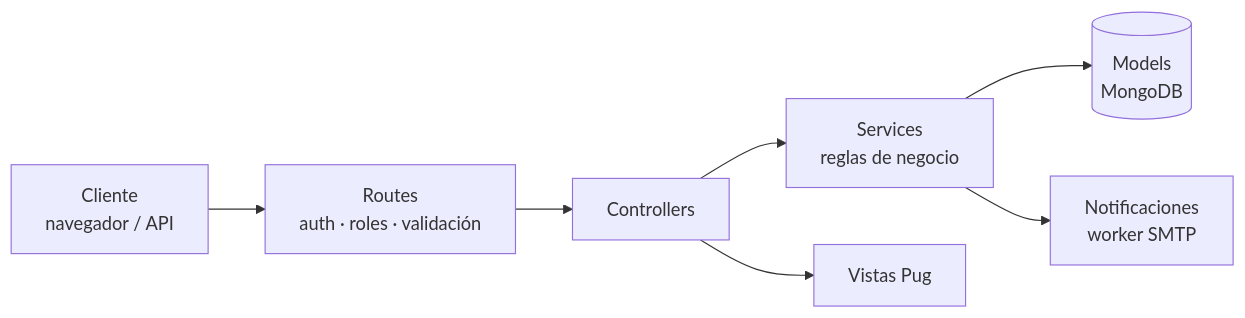
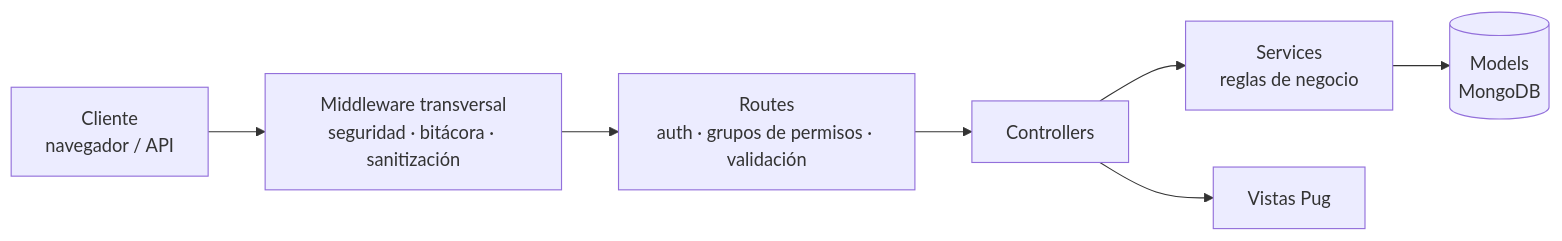
One commit to ivanshifman/TP-BACKEND-SUMAR_IMPACTO changed the first of 4 diagrams in README.md. Above: the diagram before and after it, drawn with Mermaid. The commit also changed other lines of this file and 93 other files, not shown here.

Commit message:
feat: cuentas, bitácora de auditoría, seguridad reforzada, validaciones.

````diff
--- a/README.md
+++ b/README.md
@@ -104,9 +106,9 @@
 ```mermaid
 flowchart LR
-  C[Cliente<br/>navegador / API] --> R[Routes<br/>auth · roles · validación]
+  C[Cliente<br/>navegador / API] --> MW[Middleware transversal<br/>seguridad · bitácora · sanitización]
+  MW --> R[Routes<br/>auth · grupos de permisos · validación]
   R --> CT[Controllers]
   CT --> S[Services<br/>reglas de negocio]
   S --> M[(Models<br/>MongoDB)]
   CT --> V[Vistas Pug]
-  S --> N[Notificaciones<br/>worker SMTP]
 ```
````
